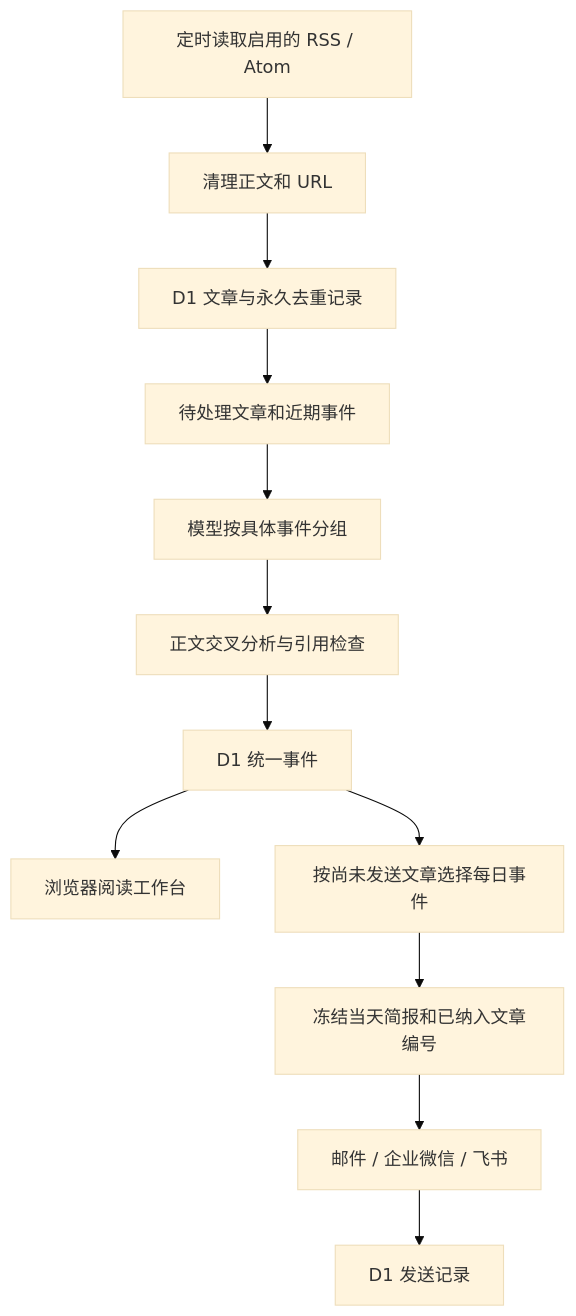
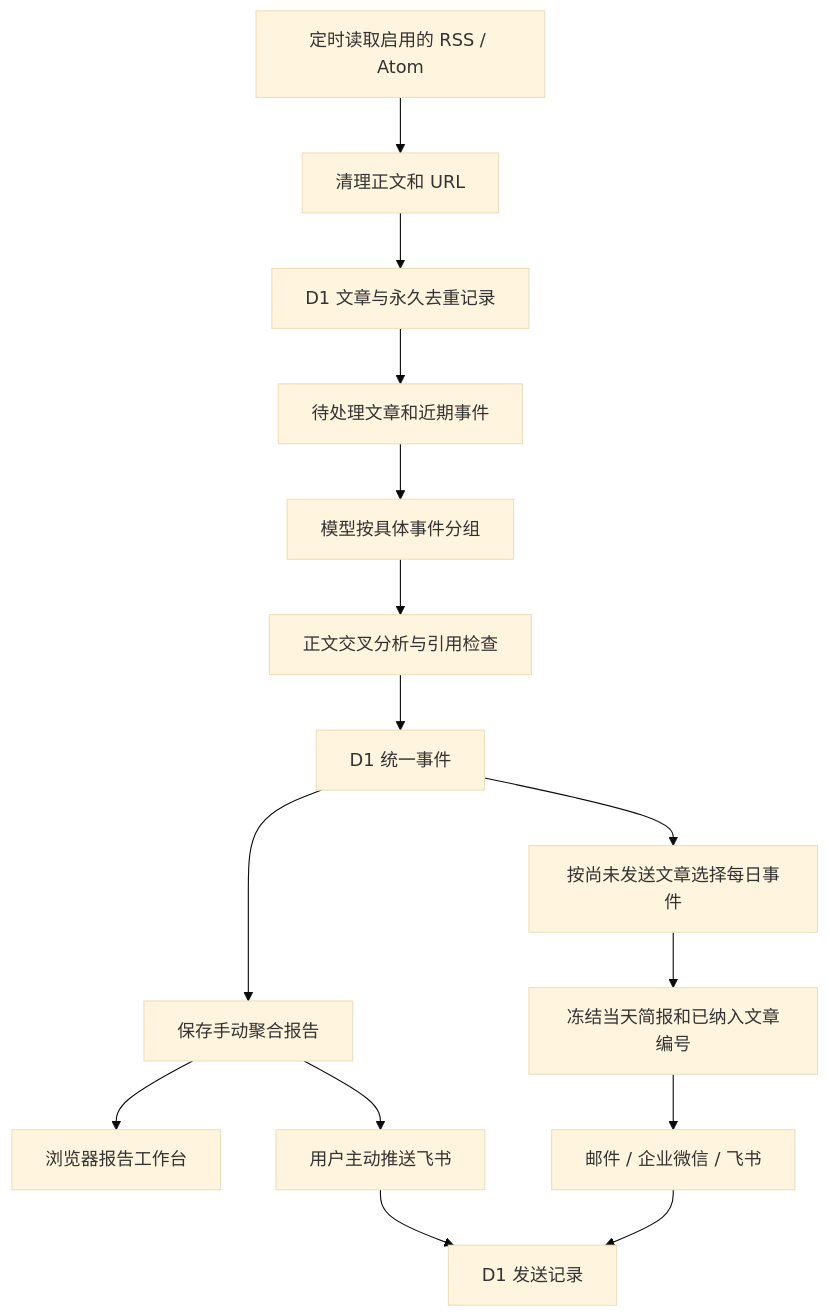
The diagram in ARCHITECTURE.md (sulik0/lingxi-tech-reader), drawn with Mermaid (base theme) before and after one commit. The commit also changed other lines of this file and 20 other files, not shown here.

````diff
--- a/ARCHITECTURE.md
+++ b/ARCHITECTURE.md
@@ -25,14 +25,17 @@
 ```mermaid
 flowchart TD
   A[定时读取启用的 RSS / Atom] --> B[清理正文和 URL]
   B --> C[D1 文章与永久去重记录]
   C --> D[待处理文章和近期事件]
   D --> E[模型按具体事件分组]
   E --> F[正文交叉分析与引用检查]
   F --> G[D1 统一事件]
-  G --> H[浏览器阅读工作台]
+  G --> H[保存手动聚合报告]
+  H --> M[浏览器报告工作台]
+  H --> N[用户主动推送飞书]
+  N --> L
   G --> I[按尚未发送文章选择每日事件]
   I --> J[冻结当天简报和已纳入文章编号]
   J --> K[邮件 / 企业微信 / 飞书]
   K --> L[D1 发送记录]
 ```
````
